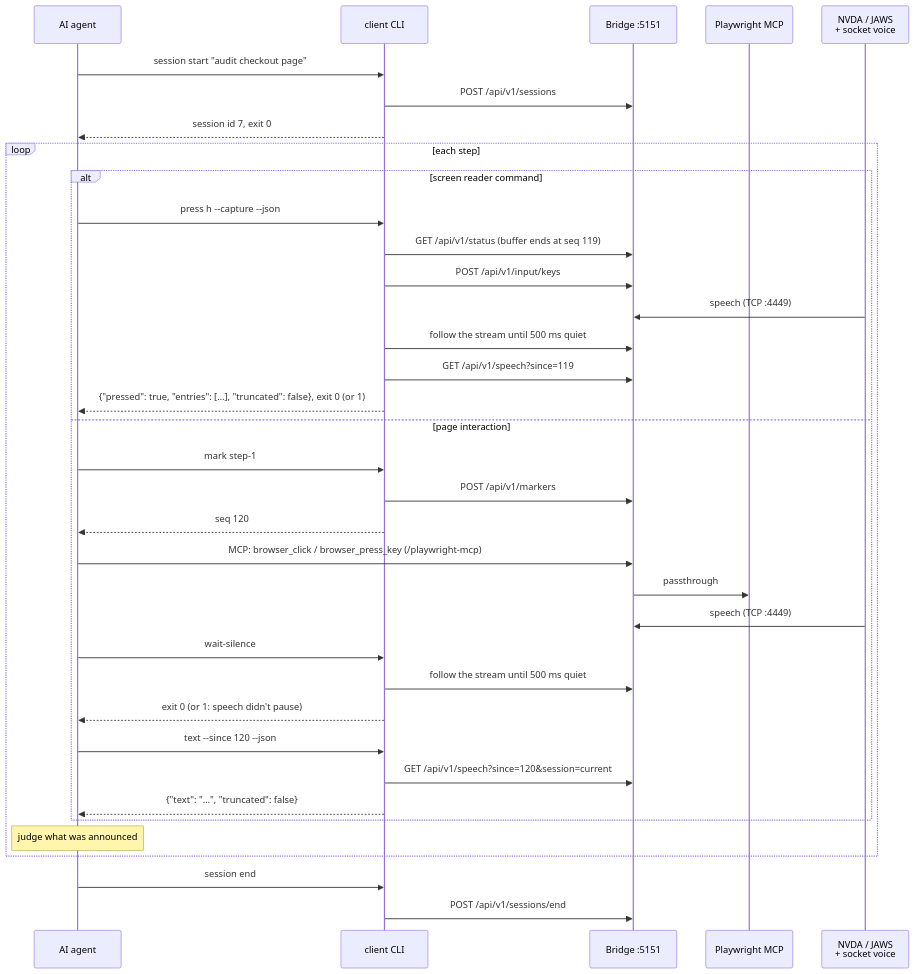
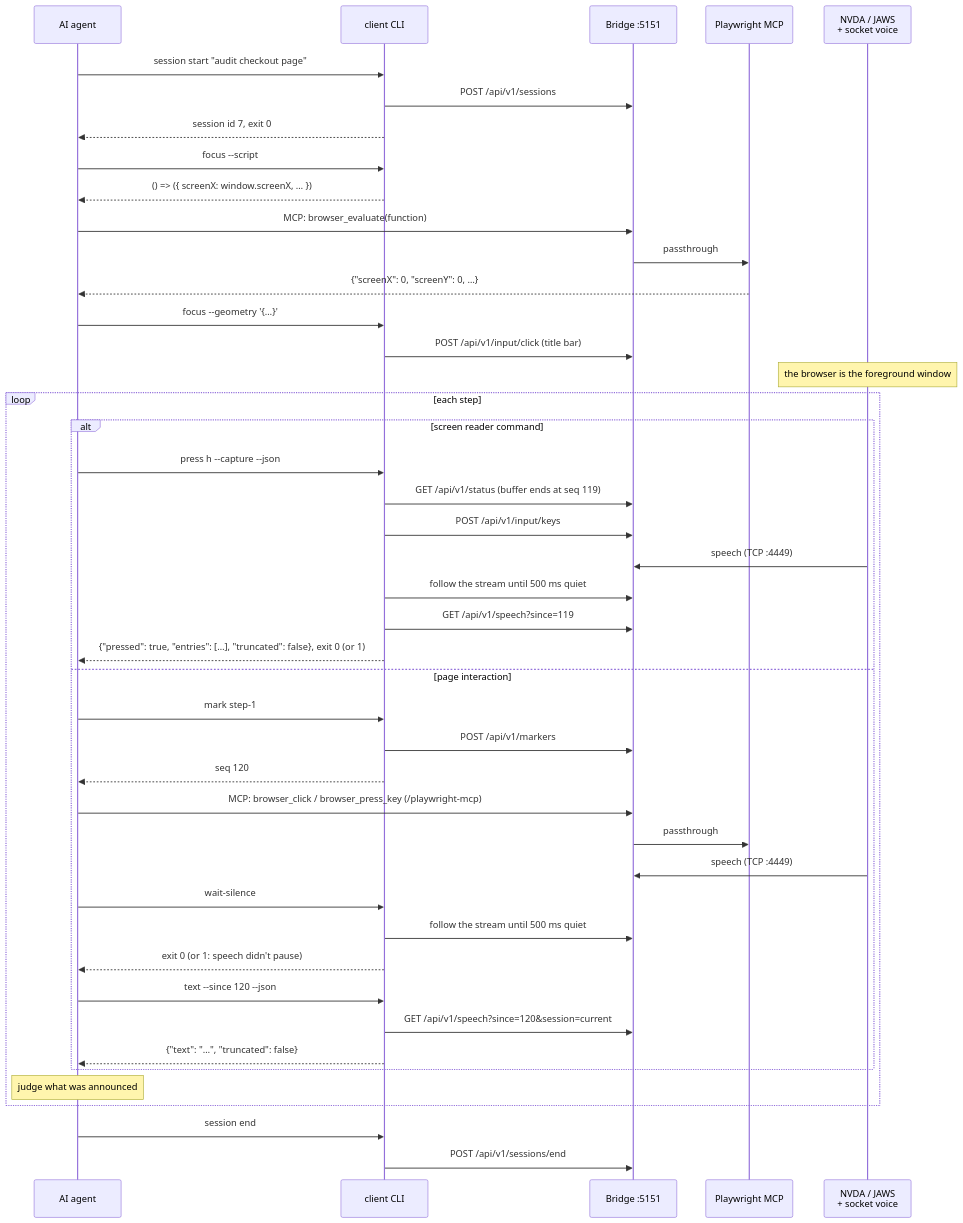
One commit to TimoSto/screenreader-speech-capture changed the first of 2 diagrams in docs/usage/flows/agents.md. Above: the diagram before and after it, drawn with Mermaid. The commit also changed other lines of this file and 9 other files, not shown here.

First line of the commit message:
feat(client): add a focus command that brings the MCP browser to the foreground (#212)

````diff
--- a/docs/usage/flows/agents.md
+++ b/docs/usage/flows/agents.md
@@ -19,39 +19,47 @@
 ```mermaid
 sequenceDiagram
     participant A as AI agent
     participant CLI as client CLI
     participant B as Bridge :5151
     participant MCP as Playwright MCP
     participant SR as NVDA / JAWS<br/>+ socket voice
 
     A->>CLI: session start "audit checkout page"
     CLI->>B: POST /api/v1/sessions
     CLI-->>A: session id 7, exit 0
+    A->>CLI: focus --script
+    CLI-->>A: () => ({ screenX: window.screenX, … })
+    A->>B: MCP: browser_evaluate(function)
+    B->>MCP: passthrough
+    MCP-->>A: {"screenX": 0, "screenY": 0, …}
+    A->>CLI: focus --geometry '{…}'
+    CLI->>B: POST /api/v1/input/click (title bar)
+    Note over SR: the browser is the foreground window
     loop each step
         alt screen reader command
             A->>CLI: press h --capture --json
             CLI->>B: GET /api/v1/status (buffer ends at seq 119)
             CLI->>B: POST /api/v1/input/keys
             SR->>B: speech (TCP :4449)
             CLI->>B: follow the stream until 500 ms quiet
             CLI->>B: GET /api/v1/speech?since=119
             CLI-->>A: {"pressed": true, "entries": […], "truncated": false}, exit 0 (or 1)
         else page interaction
             A->>CLI: mark step-1
             CLI->>B: POST /api/v1/markers
             CLI-->>A: seq 120
             A->>B: MCP: browser_click / browser_press_key (/playwright-mcp)
             B->>MCP: passthrough
             SR->>B: speech (TCP :4449)
             A->>CLI: wait-silence
             CLI->>B: follow the stream until 500 ms quiet
             CLI-->>A: exit 0 (or 1: speech didn't pause)
             A->>CLI: text --since 120 --json
             CLI->>B: GET /api/v1/speech?since=120&session=current
             CLI-->>A: {"text": "…", "truncated": false}
         end
         Note over A: judge what was announced
     end
     A->>CLI: session end
     CLI->>B: POST /api/v1/sessions/end
 ```
````
